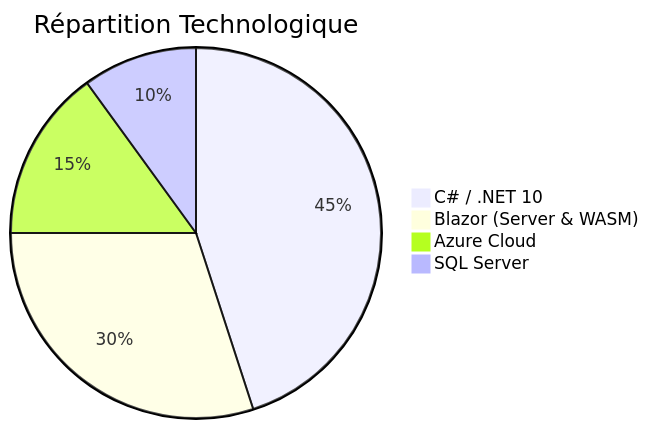
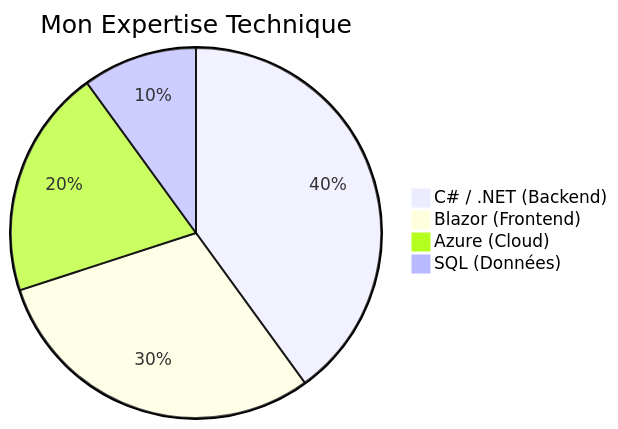
The second of 2 diagrams in profile/README.md (FlorisNexus/.github), drawn with Mermaid before and after one commit. The commit also changed other lines of this file, not shown here.

````diff
--- a/profile/README.md
+++ b/profile/README.md
@@ -25,7 +52,7 @@
 ```mermaid
-pie title Répartition Technologique
-    "C# / .NET 10" : 45
-    "Blazor (Server & WASM)" : 30
-    "Azure Cloud" : 15
-    "SQL Server" : 10
+pie title Mon Expertise Technique
+    "C# / .NET (Backend)" : 40
+    "Blazor (Frontend)" : 30
+    "Azure (Cloud)" : 20
+    "SQL (Données)" : 10
 ```
````
